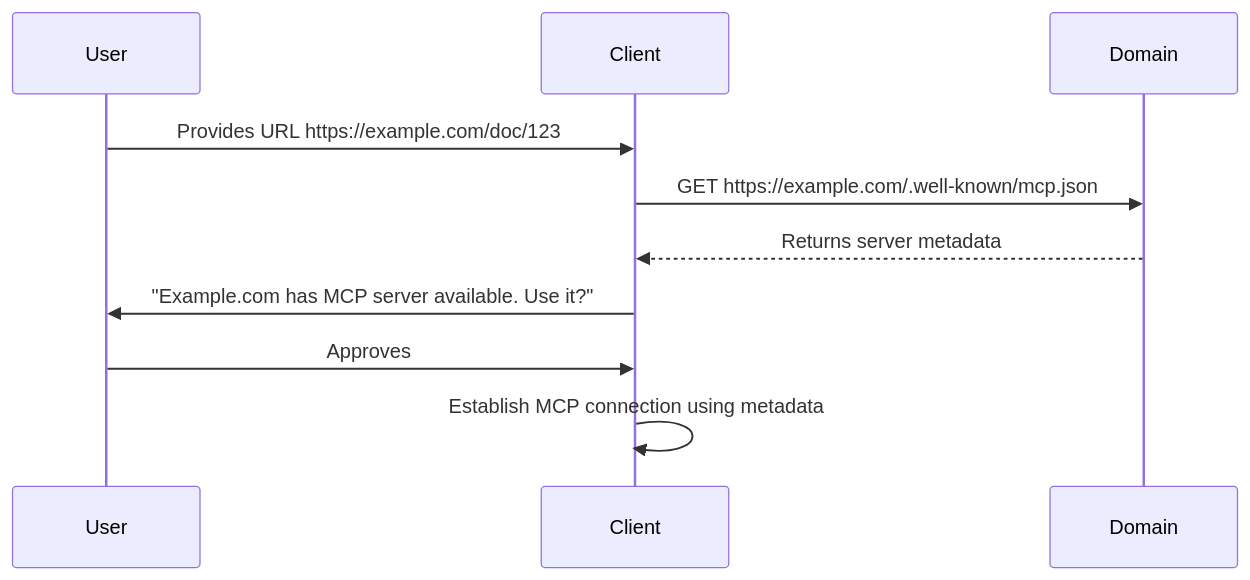
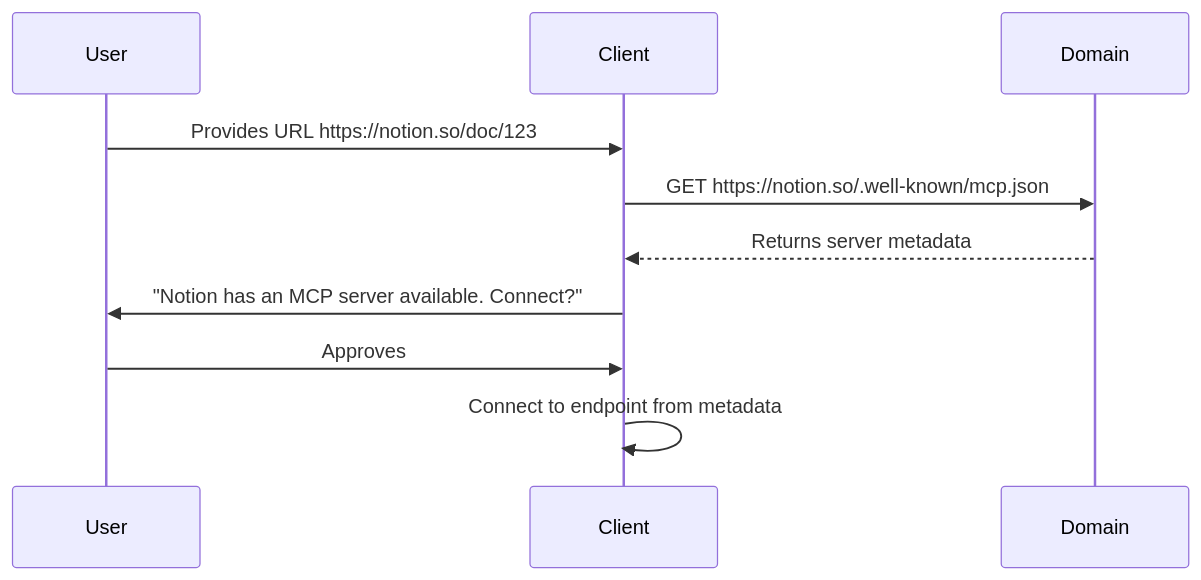
The diagram in docs/specification/draft/server/discovery.mdx (modelcontextprotocol/specification), drawn with Mermaid before and after one commit. The commit also changed other lines of this file and 4 other files, not shown here.

````diff
--- a/docs/specification/draft/server/discovery.mdx
+++ b/docs/specification/draft/server/discovery.mdx
@@ -117,13 +83,13 @@
 ```mermaid
 sequenceDiagram
     participant User
     participant Client
     participant Domain
 
-    User->>Client: Provides URL https://example.com/doc/123
-    Client->>Domain: GET https://example.com/.well-known/mcp.json
+    User->>Client: Provides URL https://notion.so/doc/123
+    Client->>Domain: GET https://notion.so/.well-known/mcp.json
     Domain-->>Client: Returns server metadata
-    Client->>User: "Example.com has MCP server available. Use it?"
+    Client->>User: "Notion has an MCP server available. Connect?"
     User->>Client: Approves
-    Client->>Client: Establish MCP connection using metadata
+    Client->>Client: Connect to endpoint from metadata
 ```
````
